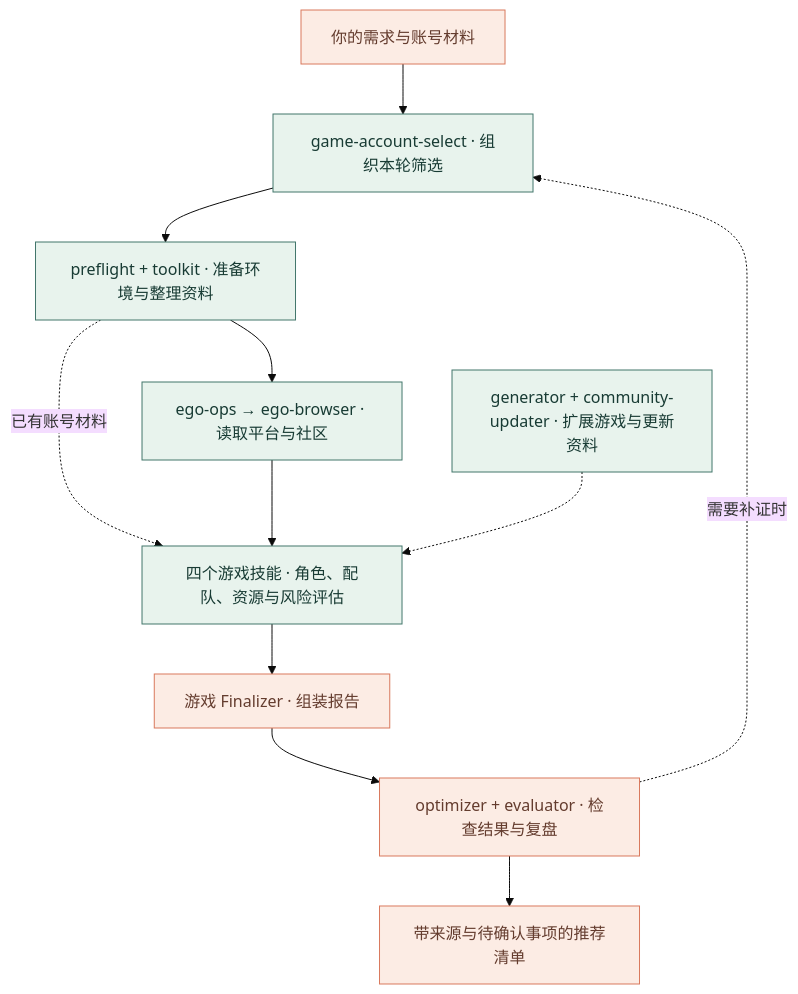
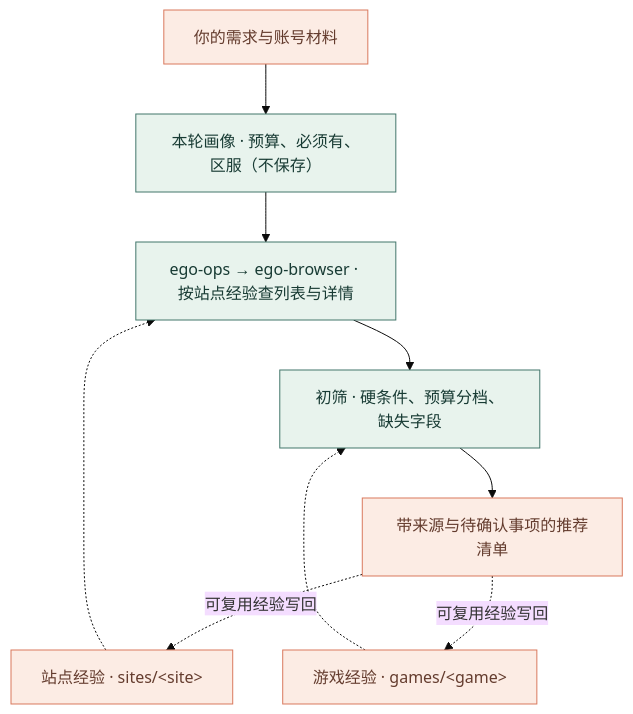
Before and after one commit to PointMountain/game-account-select: the diagram in README.md, drawn with Mermaid (base theme). The commit also changed other lines of this file and 299 other files, not shown here.

First line of the commit message:
refactor: merge into single game-account-select skill

````diff
--- a/README.md
+++ b/README.md
@@ -185,17 +172,15 @@
 ```mermaid
 flowchart TD
-    Request["你的需求与账号材料"] --> Select["game-account-select · 组织本轮筛选"]
-    Select --> Runtime["preflight + toolkit · 准备环境与整理资料"]
-    Runtime --> Browser["ego-ops → ego-browser · 读取平台与社区"]
-    Runtime -. "已有账号材料" .-> Games
-    Browser --> Games["四个游戏技能 · 角色、配队、资源与风险评估"]
-    Extend["generator + community-updater · 扩展游戏与更新资料"] -.-> Games
-    Games --> Finalizer["游戏 Finalizer · 组装报告"]
-    Finalizer --> Review["optimizer + evaluator · 检查结果与复盘"]
-    Review --> Report["带来源与待确认事项的推荐清单"]
-    Review -. "需要补证时" .-> Select
+    Request["你的需求与账号材料"] --> Profile["本轮画像 · 预算、必须有、区服（不保存）"]
+    Profile --> Query["ego-ops → ego-browser · 按站点经验查列表与详情"]
+    Sites["站点经验 · sites/&lt;site&gt;"] -.-> Query
+    Query --> Shortlist["初筛 · 硬条件、预算分档、缺失字段"]
+    Games["游戏经验 · games/&lt;game&gt;"] -.-> Shortlist
+    Shortlist --> Report["带来源与待确认事项的推荐清单"]
+    Report -. "可复用经验写回" .-> Sites
+    Report -. "可复用经验写回" .-> Games
     classDef mint fill:#e8f3ed,stroke:#42766b,color:#183b34
     classDef coral fill:#fcece4,stroke:#d9795d,color:#643c2e
-    class Select,Runtime,Browser,Games,Extend mint
-    class Request,Finalizer,Review,Report coral
+    class Profile,Query,Shortlist mint
+    class Request,Sites,Games,Report coral
 ```
````
